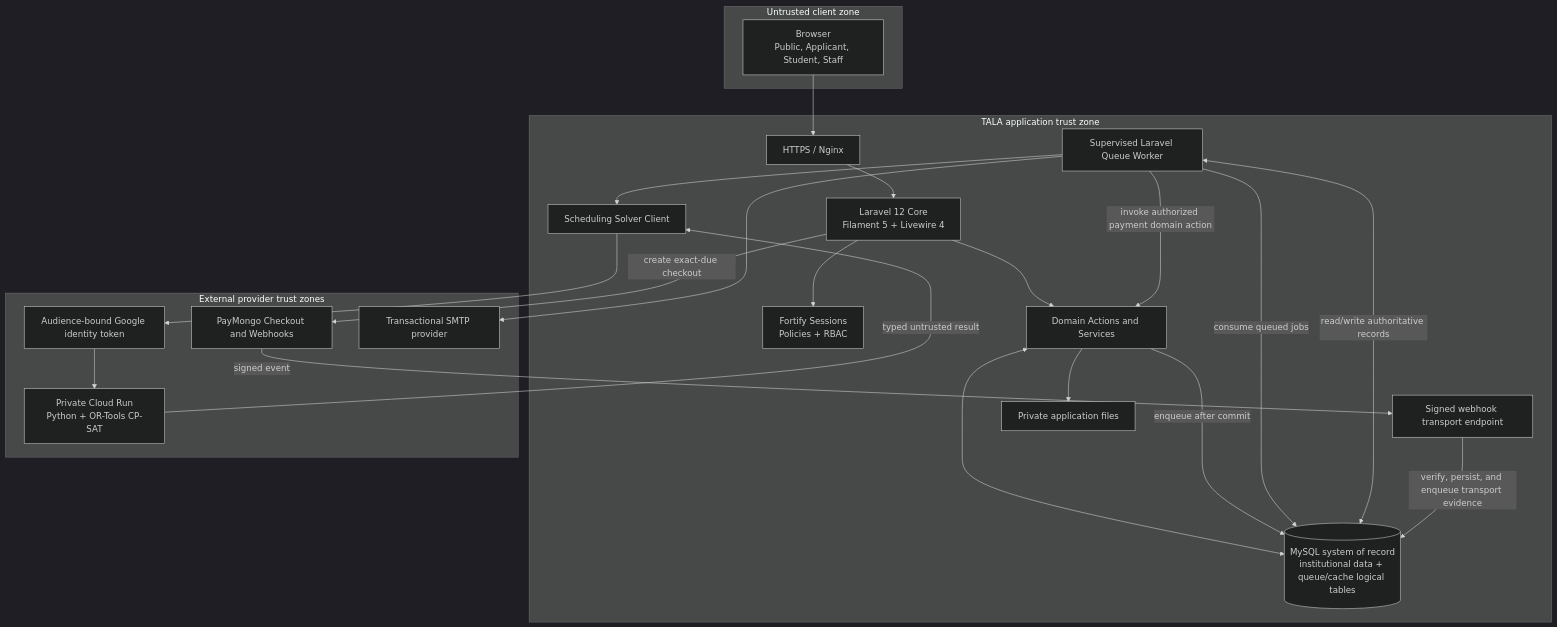
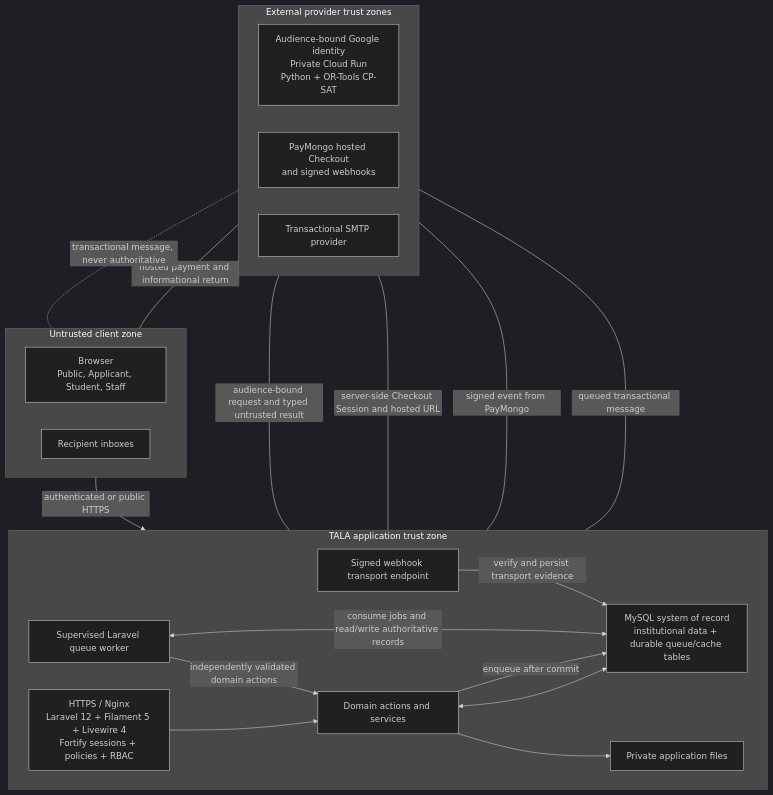
Before and after one commit to yosoykyle/SIA-TALA: the first of 4 diagrams in 00_Project_Documents/architecture_specification.md, drawn with Mermaid (dark theme). The commit also changed other lines of this file, not shown here.

Commit message:
docs(architecture): clarify runtime and integration diagrams

````diff
--- a/00_Project_Documents/architecture_specification.md
+++ b/00_Project_Documents/architecture_specification.md
@@ -273,41 +273,41 @@
 ```mermaid
 flowchart TB
     subgraph ClientZone["Untrusted client zone"]
+        direction LR
         Browser["Browser<br/>Public, Applicant, Student, Staff"]
+        Inbox["Recipient inboxes"]
     end
 
     subgraph TalaZone["TALA application trust zone"]
-        Edge["HTTPS / Nginx"]
-        Laravel["Laravel 12 Core<br/>Filament 5 + Livewire 4"]
-        Auth["Fortify Sessions<br/>Policies + RBAC"]
-        App["Domain Actions and Services"]
+        direction LR
+        Web["HTTPS / Nginx<br/>Laravel 12 + Filament 5 + Livewire 4<br/>Fortify sessions + policies + RBAC"]
+        Domain["Domain actions and services"]
+        Data["MySQL system of record<br/>institutional data + durable queue/cache tables"]
+        Files["Private application files"]
+        Worker["Supervised Laravel queue worker"]
         Webhook["Signed webhook transport endpoint"]
-        Worker["Supervised Laravel Queue Worker"]
-        SolverClient["Scheduling Solver Client"]
-        MySQL[("MySQL system of record<br/>institutional data + queue/cache logical tables")]
-        Storage["Private application files"]
+
+        Web --> Domain
+        Domain <--> Data
+        Domain --> Files
+        Domain -->|enqueue after commit| Data
+        Worker <-->|consume jobs and read/write authoritative records| Data
+        Worker -->|independently validated domain actions| Domain
+        Webhook -->|verify and persist transport evidence| Data
     end
 
     subgraph ProviderZone["External provider trust zones"]
-        IAM["Audience-bound Google identity token"]
-        Solver["Private Cloud Run<br/>Python + OR-Tools CP-SAT"]
-        PayMongo["PayMongo Checkout and Webhooks"]
+        direction LR
+        Solver["Audience-bound Google identity<br/>Private Cloud Run<br/>Python + OR-Tools CP-SAT"]
+        PayMongo["PayMongo hosted Checkout<br/>and signed webhooks"]
         SMTP["Transactional SMTP provider"]
     end
 
-    Browser --> Edge --> Laravel
-    Laravel --> Auth
-    Laravel --> App
-    App <--> MySQL
-    App --> Storage
-    App -->|enqueue after commit| MySQL
-    Worker -->|consume queued jobs| MySQL
-    Worker <-->|read/write authoritative records| MySQL
-    Worker --> SolverClient --> IAM --> Solver
-    Solver -->|typed untrusted result| SolverClient
-    Laravel -->|create exact-due checkout| PayMongo
-    PayMongo -->|signed event| Webhook
-    Webhook -->|verify, persist, and enqueue transport evidence| MySQL
-    Worker -->|invoke authorized payment domain action| App
-    Worker --> SMTP
+    Browser -->|authenticated or public HTTPS| Web
+    Worker ---|audience-bound request and typed untrusted result| Solver
+    Web ---|server-side Checkout Session and hosted URL| PayMongo
+    Browser ---|hosted payment and informational return| PayMongo
+    Webhook ---|signed event from PayMongo| PayMongo
+    Worker ---|queued transactional message| SMTP
+    SMTP -.-|transactional message, never authoritative| Inbox
 ```
````
